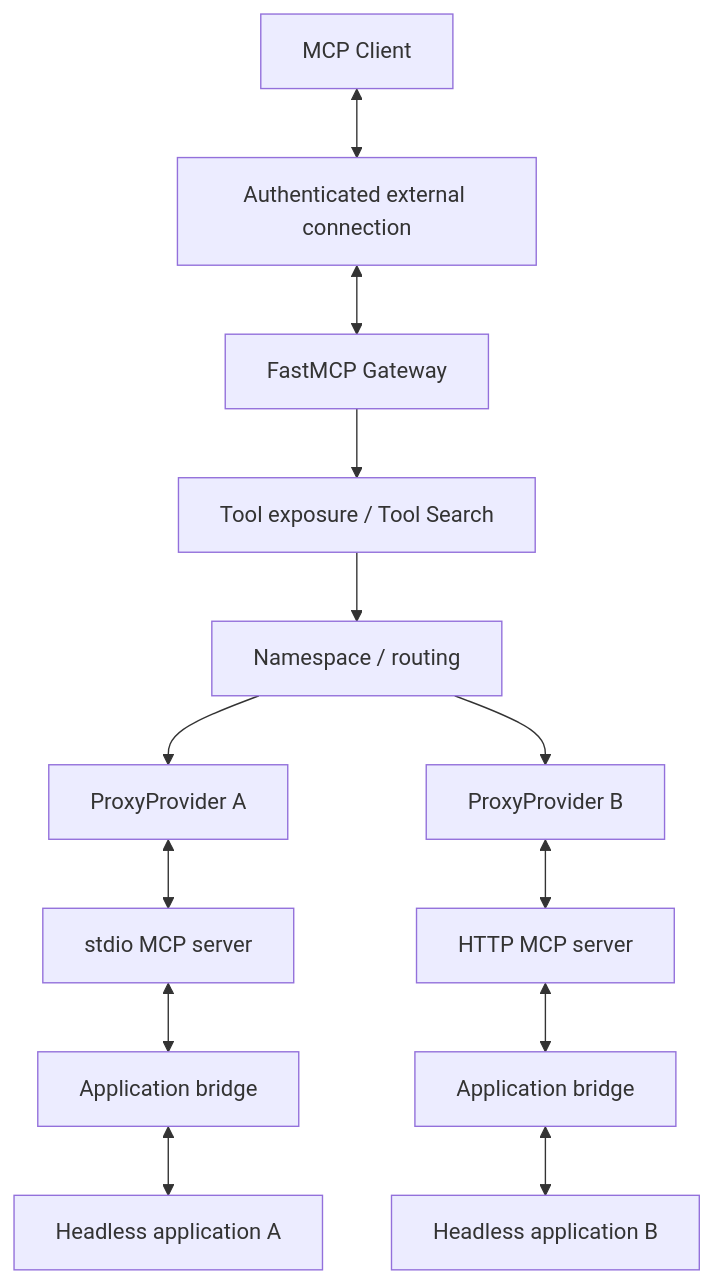
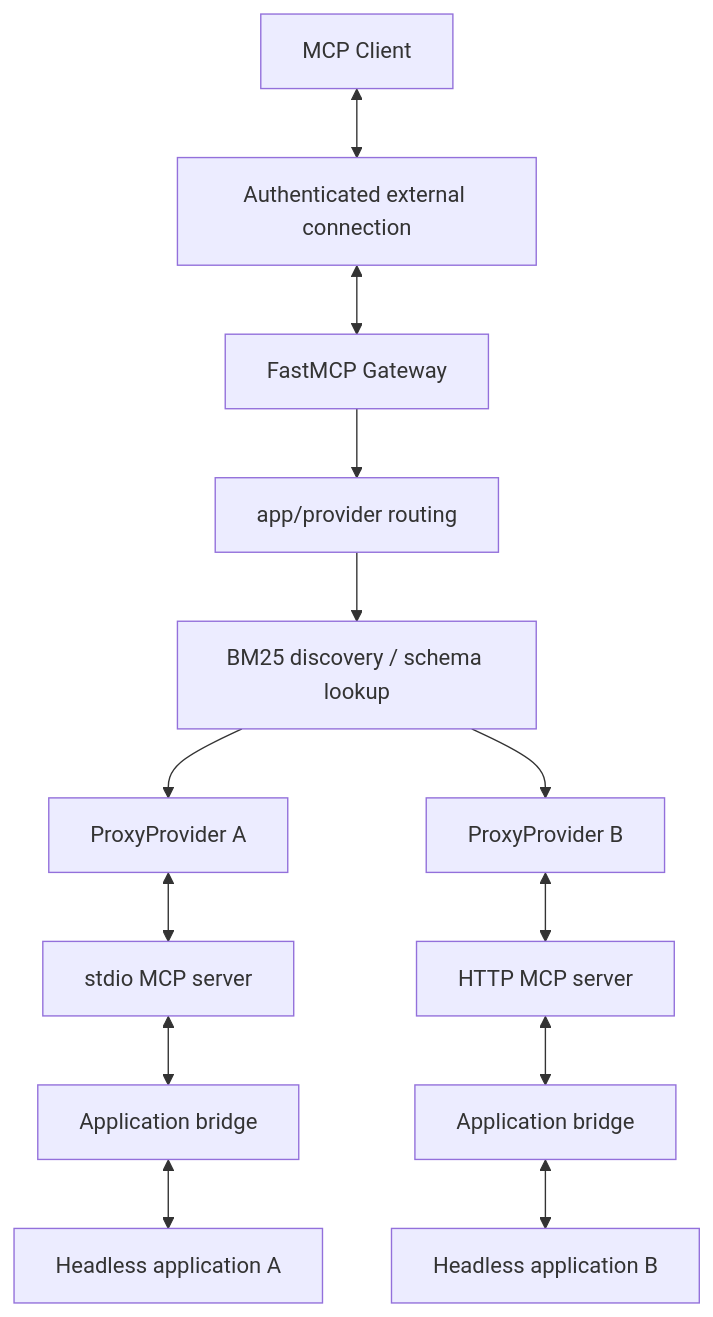
Before and after one commit to Ronaldony/my-dev-docs: the first of 5 diagrams in docs/fastmcp-multi-upstream-headless-gateway.md, drawn with Mermaid. The commit also changed other lines of this file and 2 other files, not shown here.

Commit message:
docs: update FastMCP provider-aware routing validation

```diff
--- a/docs/fastmcp-multi-upstream-headless-gateway.md
+++ b/docs/fastmcp-multi-upstream-headless-gateway.md
@@ -27,33 +28,33 @@
 ~~~mermaid
 flowchart TB
     Client["MCP Client"]
     Tunnel["Authenticated external connection"]
     Gateway["FastMCP Gateway"]
 
-    Search["Tool exposure / Tool Search"]
-    Route["Namespace / routing"]
+    Route["app/provider routing"]
+    Search["BM25 discovery / schema lookup"]
     ProxyA["ProxyProvider A"]
     ProxyB["ProxyProvider B"]
 
     MCPA["stdio MCP server"]
     MCPB["HTTP MCP server"]
 
     BridgeA["Application bridge"]
     BridgeB["Application bridge"]
 
     AppA["Headless application A"]
     AppB["Headless application B"]
 
     Client <--> Tunnel
     Tunnel <--> Gateway
-    Gateway --> Search
-    Search --> Route
-    Route --> ProxyA
-    Route --> ProxyB
+    Gateway --> Route
+    Route --> Search
+    Search --> ProxyA
+    Search --> ProxyB
     ProxyA <--> MCPA
     ProxyB <--> MCPB
     MCPA <--> BridgeA
     MCPB <--> BridgeB
     BridgeA <--> AppA
     BridgeB <--> AppB
 ~~~
```
